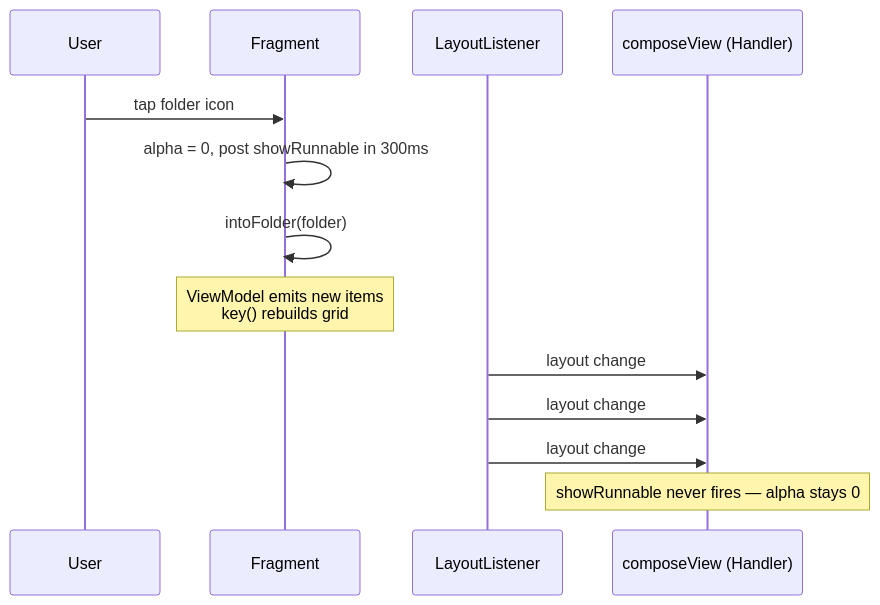
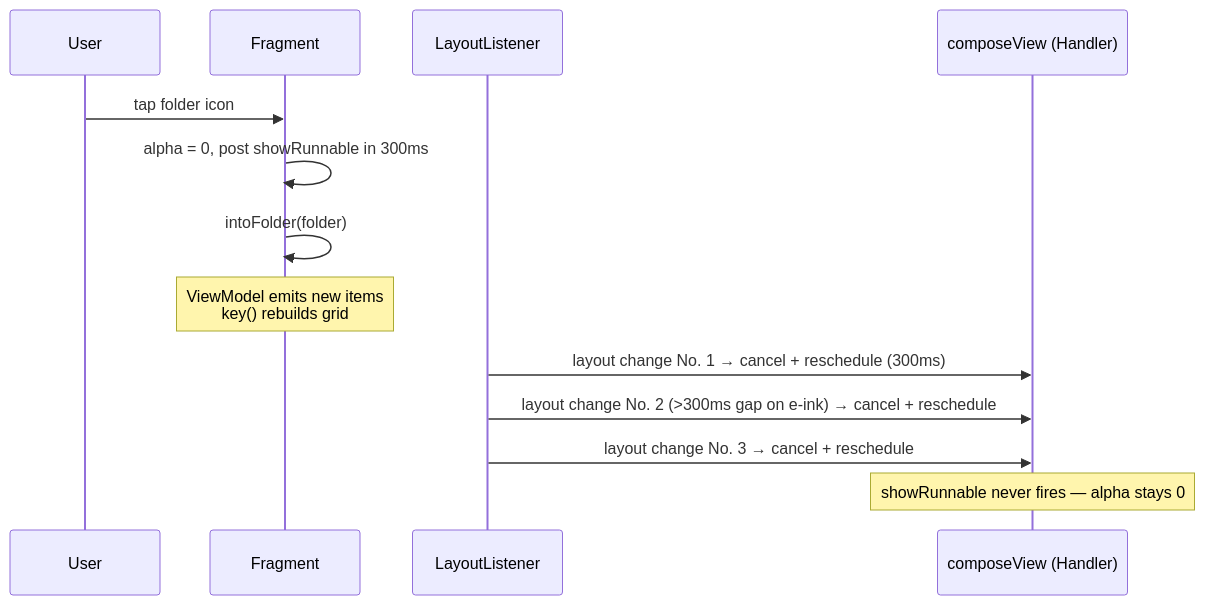
One commit to plateaukao/ADR changed the diagram in einkbro-bookmark-dialog-supernote-disappear.md. Above: the diagram before and after it, drawn with Mermaid. The commit also changed 1 other file, not shown here.

Commit message:
Fix '#' in mermaid scripts — '#' starts a comment in mermaid
Replace '#1/#2/#3' with 'No. 1/2/3' inside mermaid sequenceDiagram
blocks (and the plain-fence reproducer with mermaid syntax). Mermaid
silently drops everything after '#' on a line, so the affected message
labels were rendering truncated.

````diff
--- a/einkbro-bookmark-dialog-supernote-disappear.md
+++ b/einkbro-bookmark-dialog-supernote-disappear.md
@@ -23,15 +23,15 @@
 ```mermaid
 sequenceDiagram
     participant U as User
     participant F as Fragment
     participant L as LayoutListener
     participant V as composeView (Handler)
     U->>F: tap folder icon
     F->>F: alpha = 0, post showRunnable in 300ms
     F->>F: intoFolder(folder)
     Note over F: ViewModel emits new items<br/>key() rebuilds grid
-    L->>V: layout change #1 → cancel + reschedule (300ms)
-    L->>V: layout change #2 (>300ms gap on e-ink) → cancel + reschedule
-    L->>V: layout change #3 → cancel + reschedule
+    L->>V: layout change No. 1 → cancel + reschedule (300ms)
+    L->>V: layout change No. 2 (>300ms gap on e-ink) → cancel + reschedule
+    L->>V: layout change No. 3 → cancel + reschedule
     Note over V: showRunnable never fires — alpha stays 0
 ```
````
